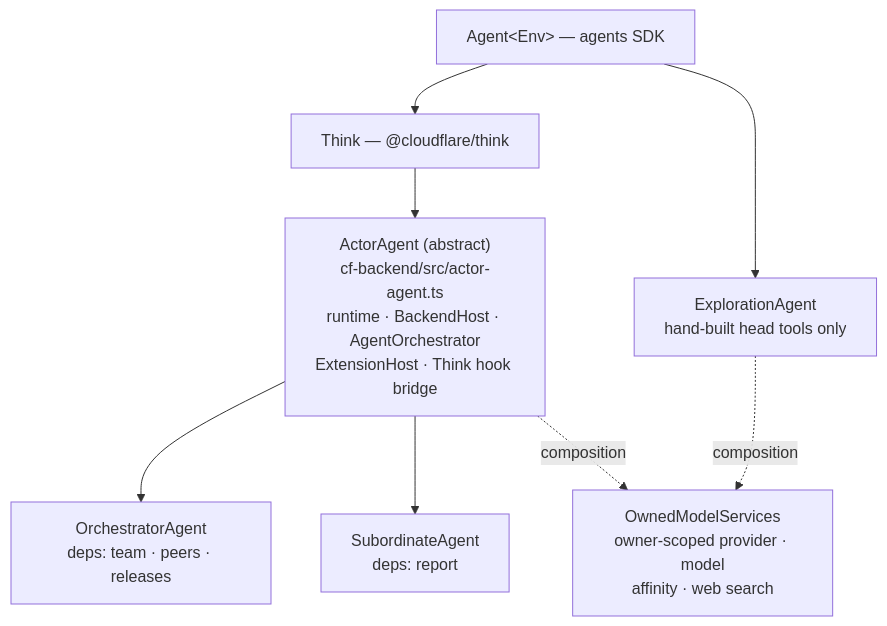
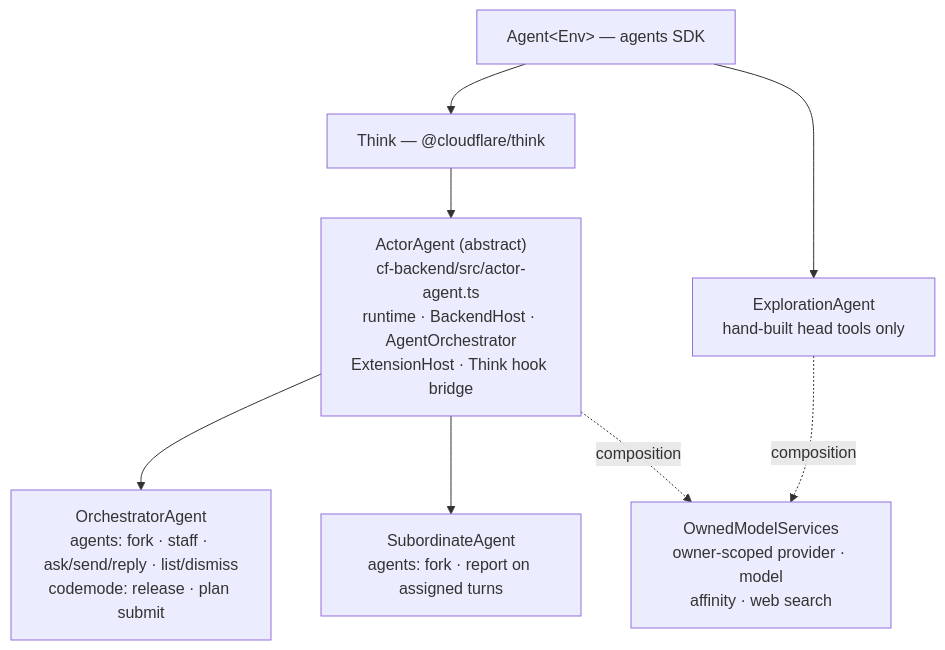
One commit to AshishKumar4/Proteus changed the second of 5 diagrams in docs/ARCHITECTURE.md. Above: the diagram before and after it, drawn with Mermaid. The commit also changed other lines of this file and 864 other files, not shown here.

````diff
--- a/docs/ARCHITECTURE.md
+++ b/docs/ARCHITECTURE.md
@@ -63,17 +62,17 @@
 ```mermaid
 graph TB
     A["Agent&lt;Env&gt; — agents SDK"]
     T["Think — @cloudflare/think"]
     AA["ActorAgent (abstract)<br/>cf-backend/src/actor-agent.ts<br/>runtime · BackendHost · AgentOrchestrator<br/>ExtensionHost · Think hook bridge"]
-    O["OrchestratorAgent<br/>deps: team · peers · releases"]
-    S["SubordinateAgent<br/>deps: report"]
+    O["OrchestratorAgent<br/>agents: fork · staff · ask/send/reply · list/dismiss<br/>codemode: release · plan submit"]
+    S["SubordinateAgent<br/>agents: fork · report on assigned turns"]
     E["ExplorationAgent<br/>hand-built head tools only"]
     OMS["OwnedModelServices<br/>owner-scoped provider · model<br/>affinity · web search"]
 
     A --> T --> AA
     AA --> O
     AA --> S
     A --> E
     AA -.->|composition| OMS
     E -.->|composition| OMS
 ```
````
